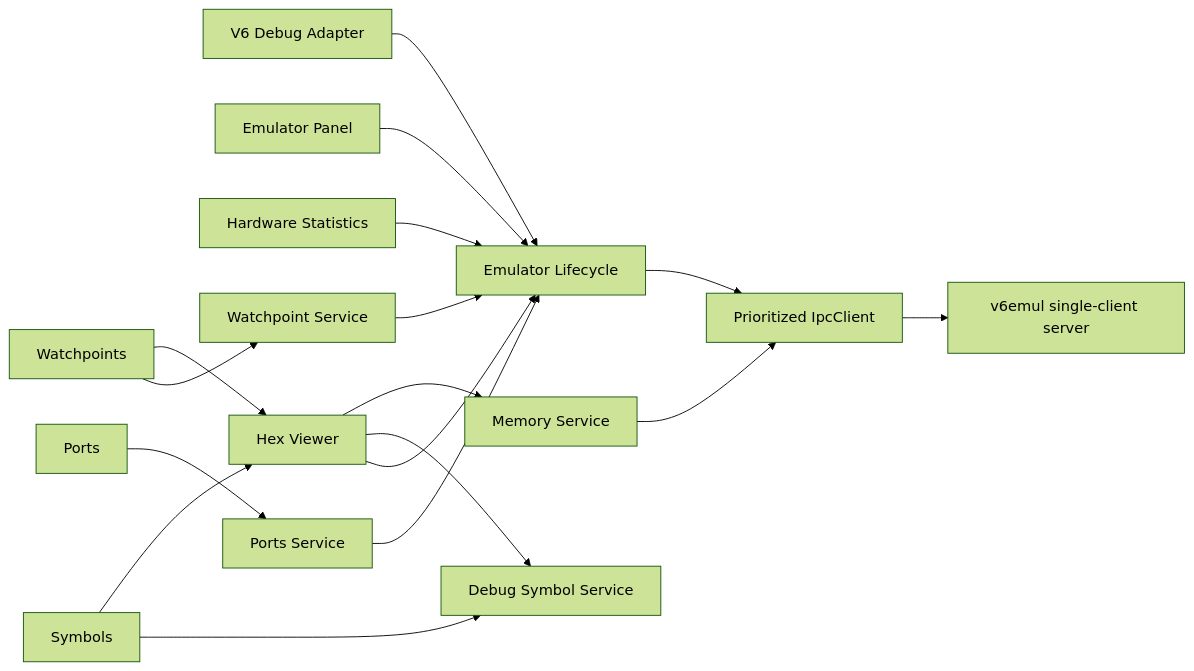
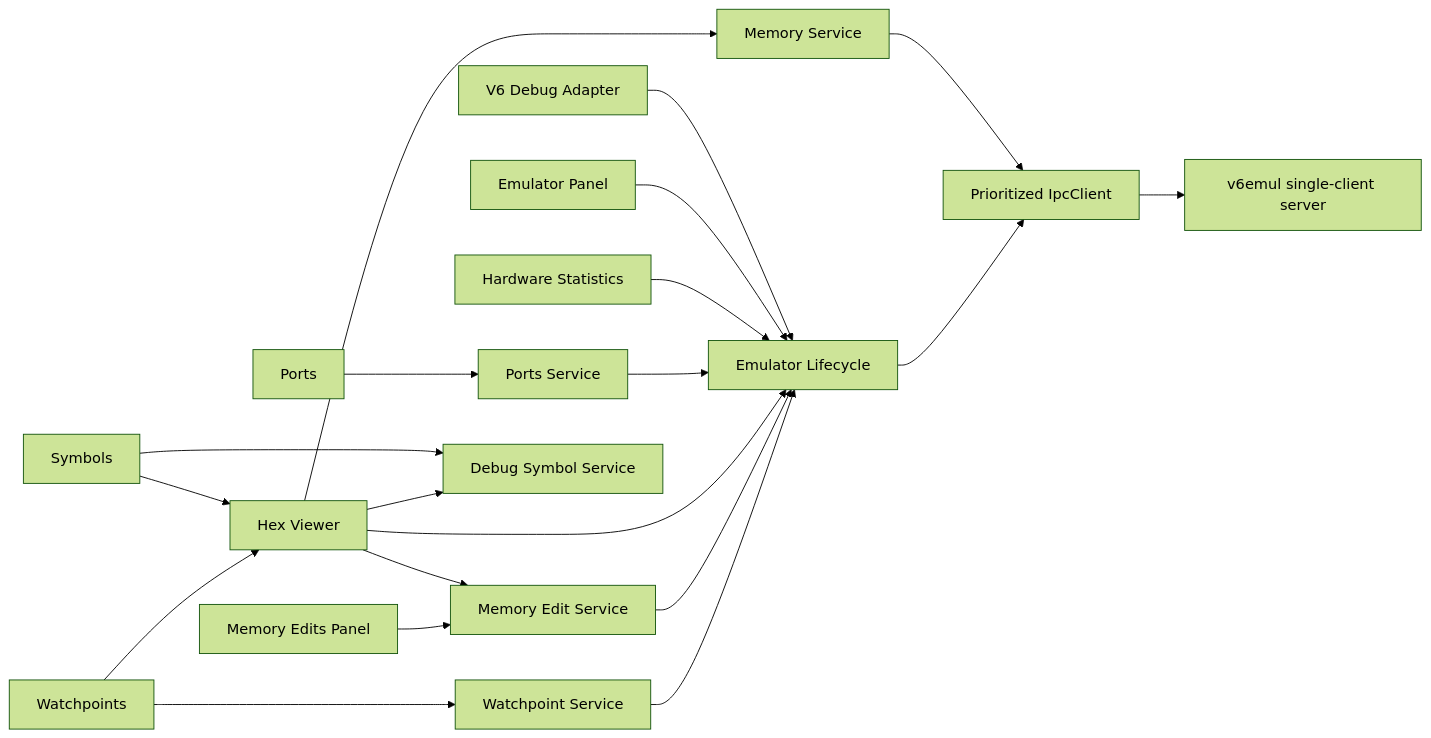
One commit to parallelno/v6vscode changed the diagram in docs/architecture.md. Above: the diagram before and after it, drawn with Mermaid (forest theme). The commit also changed other lines of this file and 29 other files, not shown here.

Commit message:
V6 Memory Edits Panel

````diff
--- a/docs/architecture.md
+++ b/docs/architecture.md
@@ -29,19 +29,22 @@
 ```mermaid
 flowchart LR
 	DAP[V6 Debug Adapter] --> Lifecycle[Emulator Lifecycle]
 	Panel[Emulator Panel] --> Lifecycle
 	Stats[Hardware Statistics] --> Lifecycle
 	Ports[Ports] --> PortsService[Ports Service]
 	PortsService --> Lifecycle
 	Hex[Hex Viewer] --> Lifecycle
+	Hex --> Edits[Memory Edit Service]
+	MemoryEdits[Memory Edits Panel] --> Edits
+	Edits --> Lifecycle
 	Symbols[Symbols] --> SymbolService[Debug Symbol Service]
 	Hex --> SymbolService
 	Symbols --> Hex
 	Watch[Watchpoints] --> WatchService[Watchpoint Service]
 	WatchService --> Lifecycle
 	Watch --> Hex
 	Hex --> Memory[Memory Service]
 	Memory --> Client
 	Lifecycle --> Client[Prioritized IpcClient]
 	Client --> Emulator[v6emul single-client server]
 ```
````
